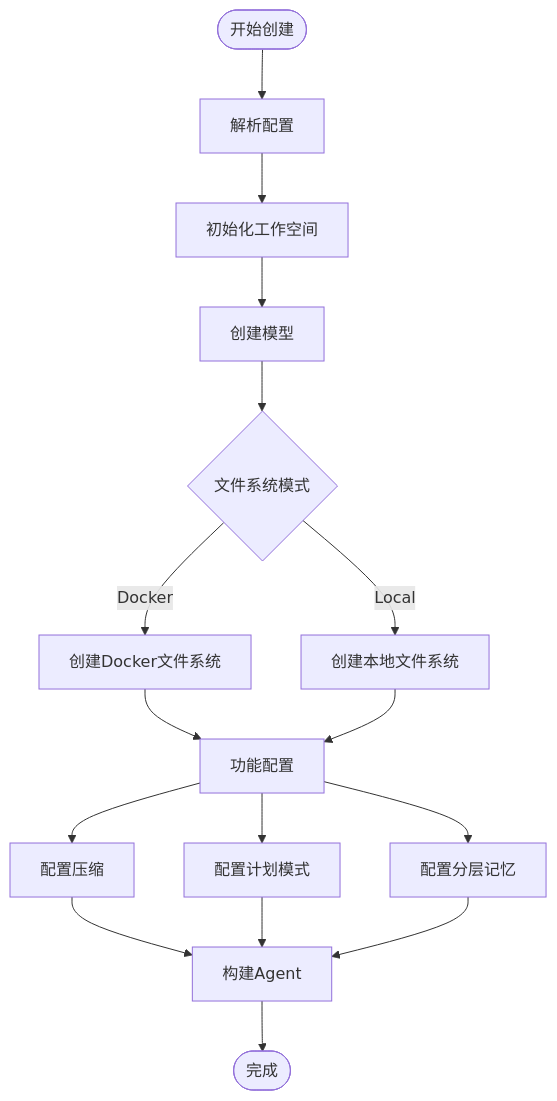
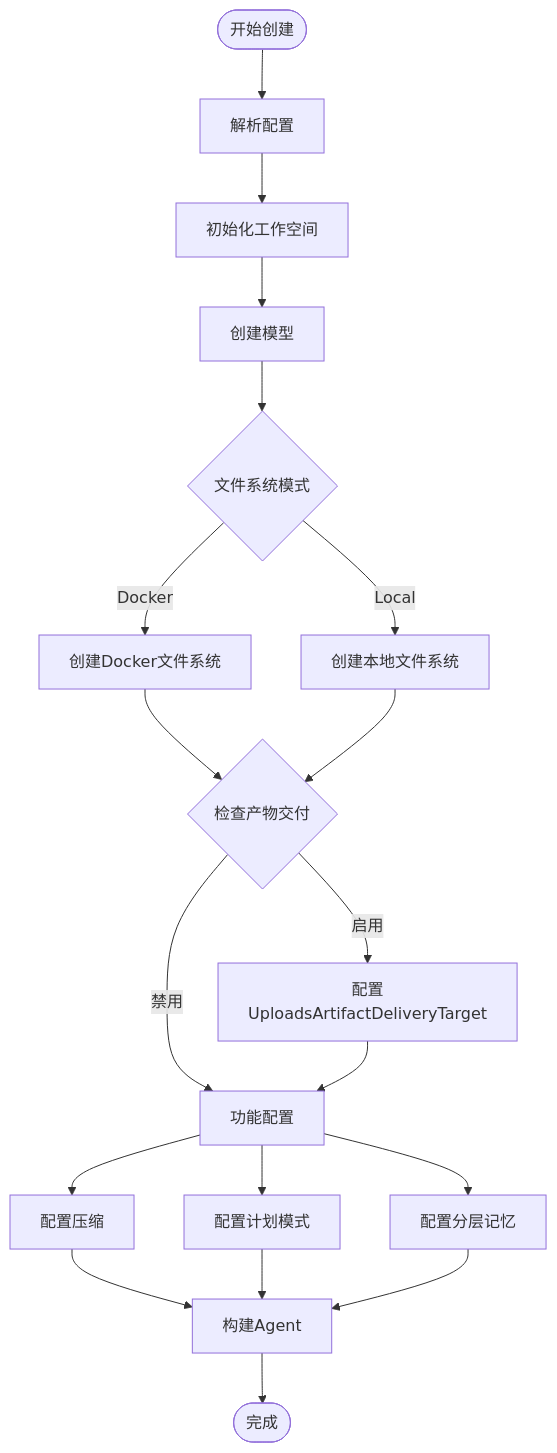
One commit to tinyhu/agentscope-demo changed the fourth of 5 diagrams in .qoder/repowiki/zh/content/Harness 框架/Harness 框架.md. Above: the diagram before and after it, drawn with Mermaid. The commit also changed other lines of this file and 111 other files, not shown here.

````diff
--- a/.qoder/repowiki/zh/content/Harness 框架/Harness 框架.md
+++ b/.qoder/repowiki/zh/content/Harness 框架/Harness 框架.md
@@ -170,18 +185,21 @@
 ```mermaid
 flowchart TD
-    Start([开始创建]) --> ParseConfig[解析配置]
-    ParseConfig --> WorkspaceInit[初始化工作空间]
-    WorkspaceInit --> ModelCreate[创建模型]
-    ModelCreate --> FilesystemSelect{文件系统模式}
-    FilesystemSelect -->|Docker| DockerFS[创建Docker文件系统]
-    FilesystemSelect -->|Local| LocalFS[创建本地文件系统]
-    DockerFS --> FunctionConfig[功能配置]
-    LocalFS --> FunctionConfig
-    FunctionConfig --> Compaction[配置压缩]
-    FunctionConfig --> PlanMode[配置计划模式]
-    FunctionConfig --> Memory[配置分层记忆]
-    Compaction --> BuildAgent[构建Agent]
-    PlanMode --> BuildAgent
-    Memory --> BuildAgent
-    BuildAgent --> End([完成])
+Start([开始创建]) --> ParseConfig[解析配置]
+ParseConfig --> WorkspaceInit[初始化工作空间]
+WorkspaceInit --> ModelCreate[创建模型]
+ModelCreate --> FilesystemSelect{文件系统模式}
+FilesystemSelect --> |Docker| DockerFS[创建Docker文件系统]
+FilesystemSelect --> |Local| LocalFS[创建本地文件系统]
+DockerFS --> ArtifactCheck{检查产物交付}
+LocalFS --> ArtifactCheck
+ArtifactCheck --> |启用| ArtifactConfig[配置UploadsArtifactDeliveryTarget]
+ArtifactCheck --> |禁用| FunctionConfig[功能配置]
+ArtifactConfig --> FunctionConfig
+FunctionConfig --> Compaction[配置压缩]
+FunctionConfig --> PlanMode[配置计划模式]
+FunctionConfig --> Memory[配置分层记忆]
+Compaction --> BuildAgent[构建Agent]
+PlanMode --> BuildAgent
+Memory --> BuildAgent
+BuildAgent --> End([完成])
 ```
````
